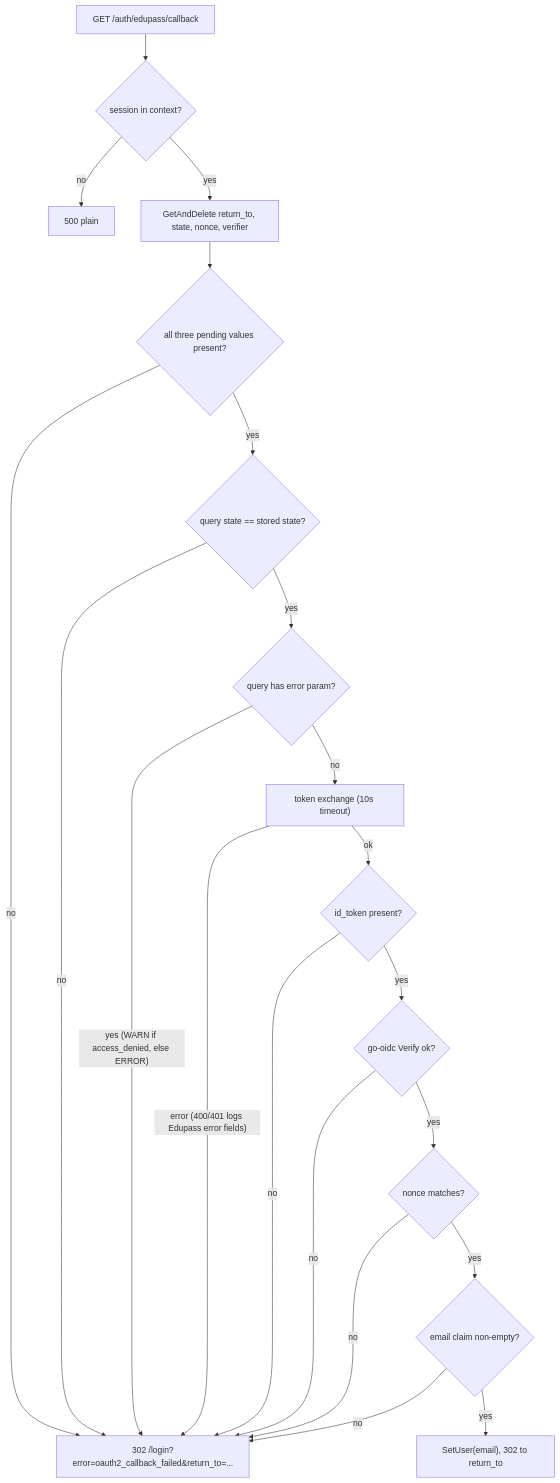
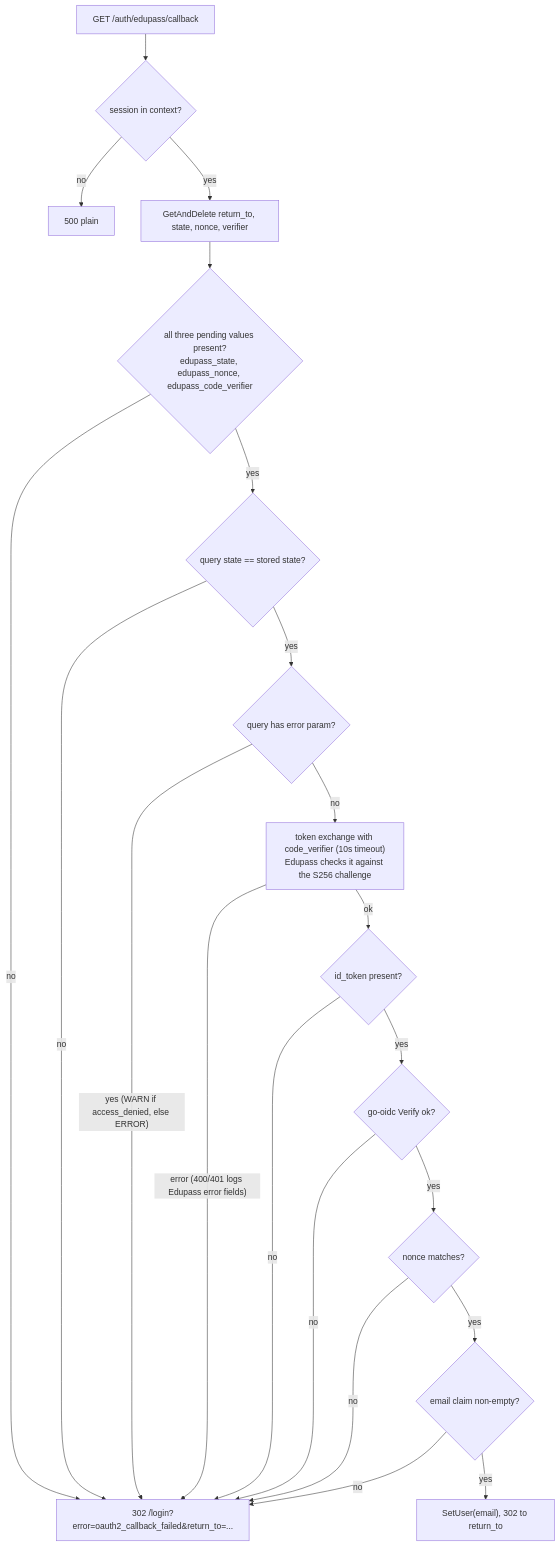
The second of 2 diagrams in docs/engineering-onboarding/workflows/edupass-sign-in.md (fatin-suhaimi/teacher-workspace), drawn with Mermaid before and after one commit.

Commit message:
docs(`edupass-sign-in`): name pending values and PKCE check in callback flowchart

````diff
--- a/docs/engineering-onboarding/workflows/edupass-sign-in.md
+++ b/docs/engineering-onboarding/workflows/edupass-sign-in.md
@@ -80,23 +80,23 @@
 ```mermaid
 flowchart TD
     A["GET /auth/edupass/callback"] --> B{"session in context?"}
     B -- no --> X500["500 plain"]
     B -- yes --> C["GetAndDelete return_to, state, nonce, verifier"]
-    C --> D{"all three pending values present?"}
+    C --> D{"all three pending values present?<br/>edupass_state, edupass_nonce, edupass_code_verifier"}
     D -- no --> F["302 /login?error=oauth2_callback_failed&return_to=..."]
     D -- yes --> E{"query state == stored state?"}
     E -- no --> F
     E -- yes --> G{"query has error param?"}
     G -- "yes (WARN if access_denied, else ERROR)" --> F
-    G -- no --> H["token exchange (10s timeout)"]
+    G -- no --> H["token exchange with code_verifier (10s timeout)<br/>Edupass checks it against the S256 challenge"]
     H -- "error (400/401 logs Edupass error fields)" --> F
     H -- ok --> I{"id_token present?"}
     I -- no --> F
     I -- yes --> J{"go-oidc Verify ok?"}
     J -- no --> F
     J -- yes --> K{"nonce matches?"}
     K -- no --> F
     K -- yes --> L{"email claim non-empty?"}
     L -- no --> F
     L -- yes --> M["SetUser(email), 302 to return_to"]
 ```
````
